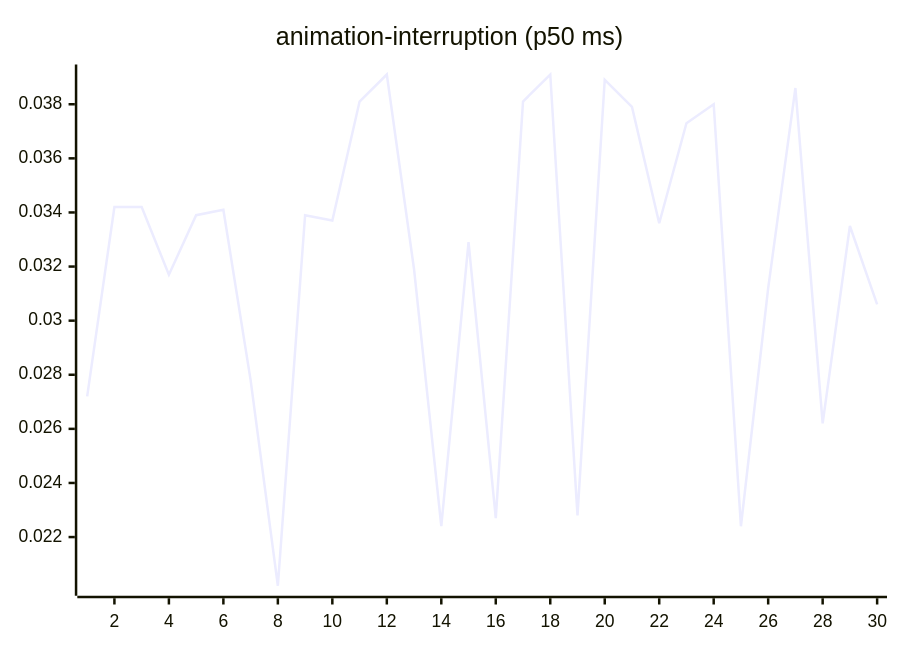
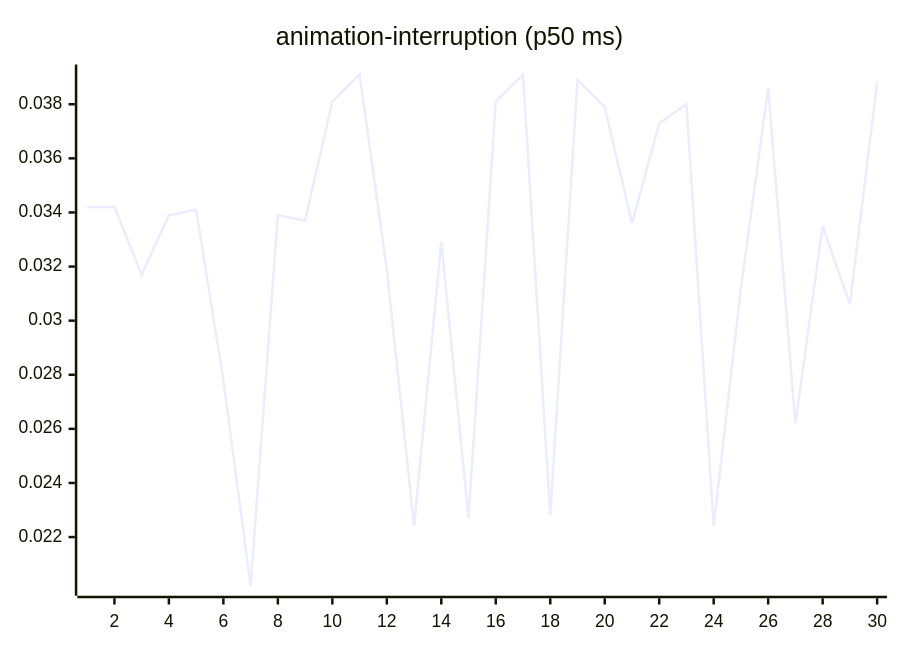
One commit to josha/Facet changed the third of 27 diagrams in README.md. Above: the diagram before and after it, drawn with Mermaid. The commit also changed other lines of this file and 2 other files, not shown here.

````diff
--- a/README.md
+++ b/README.md
@@ -77,6 +77,6 @@
 ```mermaid
 xychart-beta
     title "animation-interruption (p50 ms)"
     x-axis 1 --> 30
-    line [0.0272, 0.0342, 0.0342, 0.0317, 0.0339, 0.0341, 0.0278, 0.0202, 0.0339, 0.0337, 0.0381, 0.0391, 0.0319, 0.0224, 0.0329, 0.0227, 0.0381, 0.0391, 0.0228, 0.0389, 0.0379, 0.0336, 0.0373, 0.0380, 0.0224, 0.0312, 0.0386, 0.0262, 0.0335, 0.0306]
+    line [0.0342, 0.0342, 0.0317, 0.0339, 0.0341, 0.0278, 0.0202, 0.0339, 0.0337, 0.0381, 0.0391, 0.0319, 0.0224, 0.0329, 0.0227, 0.0381, 0.0391, 0.0228, 0.0389, 0.0379, 0.0336, 0.0373, 0.0380, 0.0224, 0.0312, 0.0386, 0.0262, 0.0335, 0.0306, 0.0388]
 ```
````
